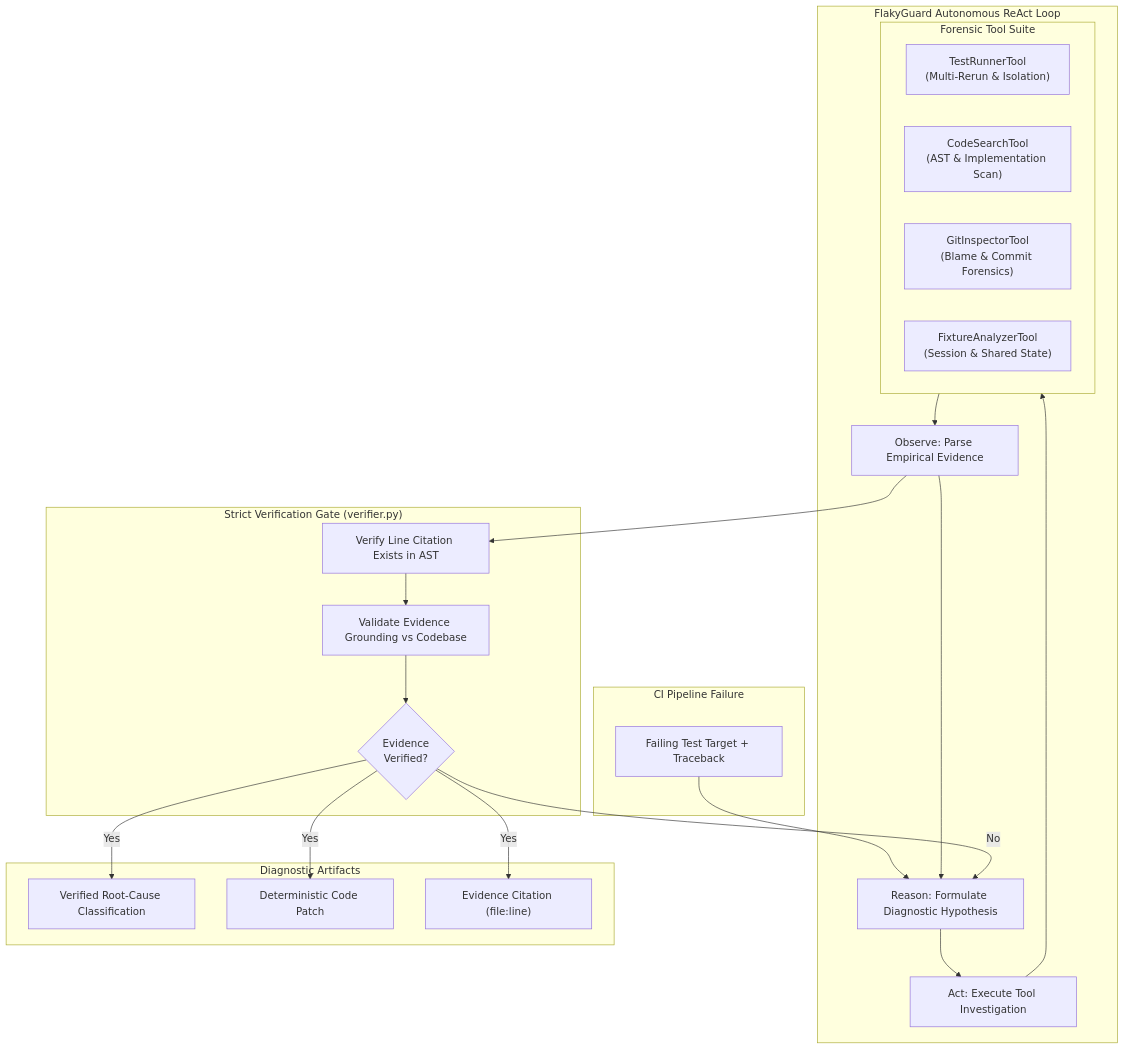
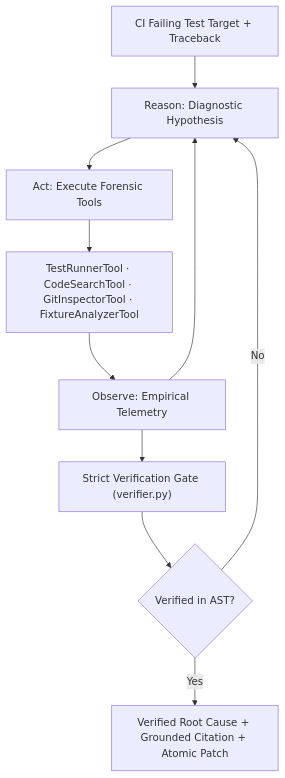
One commit to Pranjulchaurasiya/flaky-test-diagnosis-agent changed the diagram in README.md. Above: the diagram before and after it, drawn with Mermaid. The commit also changed other lines of this file, not shown here.

````diff
--- a/README.md
+++ b/README.md
@@ -219,42 +146,12 @@
 ```mermaid
 flowchart TB
-    subgraph INPUT["CI Pipeline Failure"]
-        FAIL["Failing Test Target + Traceback"]
-    end
-
-    subgraph AGENT["FlakyGuard Autonomous ReAct Loop"]
-        PLAN["Reason: Formulate Diagnostic Hypothesis"]
-        
-        subgraph TOOLS["Forensic Tool Suite"]
-            TR["TestRunnerTool\n(Multi-Rerun & Isolation)"]
-            CS["CodeSearchTool\n(AST & Implementation Scan)"]
-            GI["GitInspectorTool\n(Blame & Commit Forensics)"]
-            FA["FixtureAnalyzerTool\n(Session & Shared State)"]
-        end
-        
-        ACT["Act: Execute Tool Investigation"]
-        OBS["Observe: Parse Empirical Evidence"]
-    end
-
-    subgraph VERIFY["Strict Verification Gate (verifier.py)"]
-        CHECK["Verify Line Citation Exists in AST"]
-        AUDIT["Validate Evidence Grounding vs Codebase"]
-        CORRECT{"Evidence\nVerified?"}
-    end
-
-    subgraph OUTPUT["Diagnostic Artifacts"]
-        DIAG["Verified Root-Cause Classification"]
-        PATCH["Deterministic Code Patch"]
-        REPORT["Evidence Citation (file:line)"]
-    end
-
-    FAIL --> PLAN
-    PLAN --> ACT
-    ACT --> TOOLS
-    TOOLS --> OBS
+    FAIL["CI Failing Test Target + Traceback"] --> PLAN["Reason: Diagnostic Hypothesis"]
+    PLAN --> ACT["Act: Execute Forensic Tools"]
+    ACT --> TOOLS["TestRunnerTool · CodeSearchTool · GitInspectorTool · FixtureAnalyzerTool"]
+    TOOLS --> OBS["Observe: Empirical Telemetry"]
     OBS --> PLAN
-    OBS --> CHECK
-    CHECK --> AUDIT --> CORRECT
+    OBS --> CHECK["Strict Verification Gate (verifier.py)"]
+    CHECK --> CORRECT{"Verified in AST?"}
     CORRECT -- No --> PLAN
-    CORRECT -- Yes --> DIAG & PATCH & REPORT
+    CORRECT -- Yes --> DIAG["Verified Root Cause + Grounded Citation + Atomic Patch"]
 ```
````
